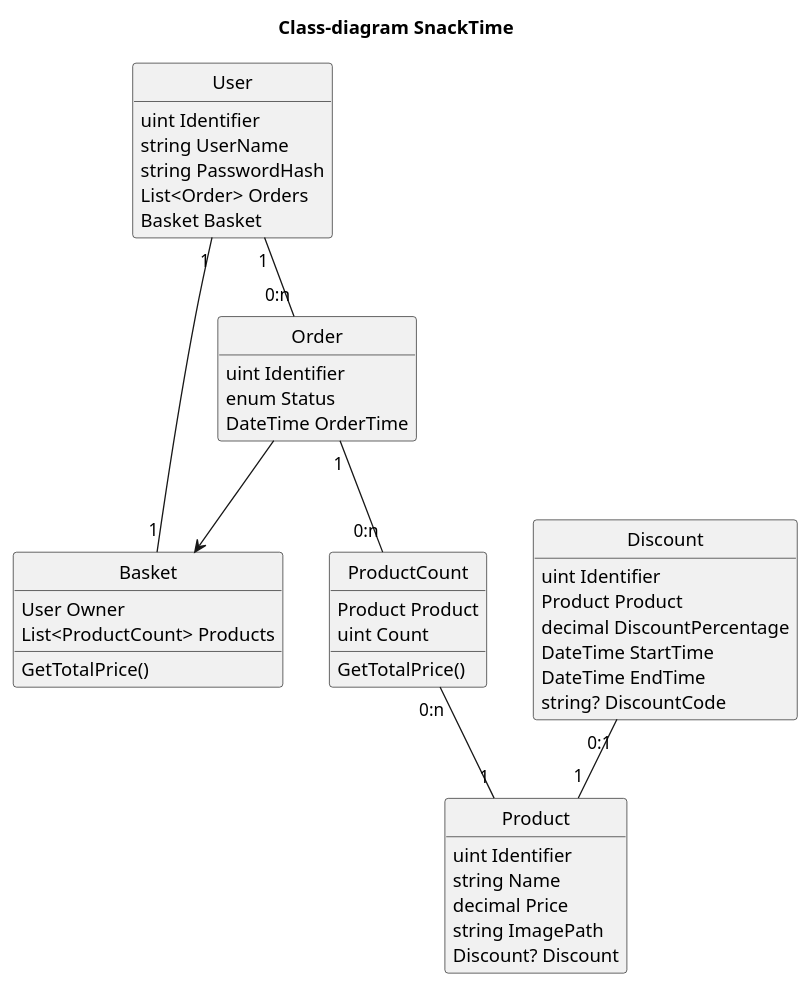
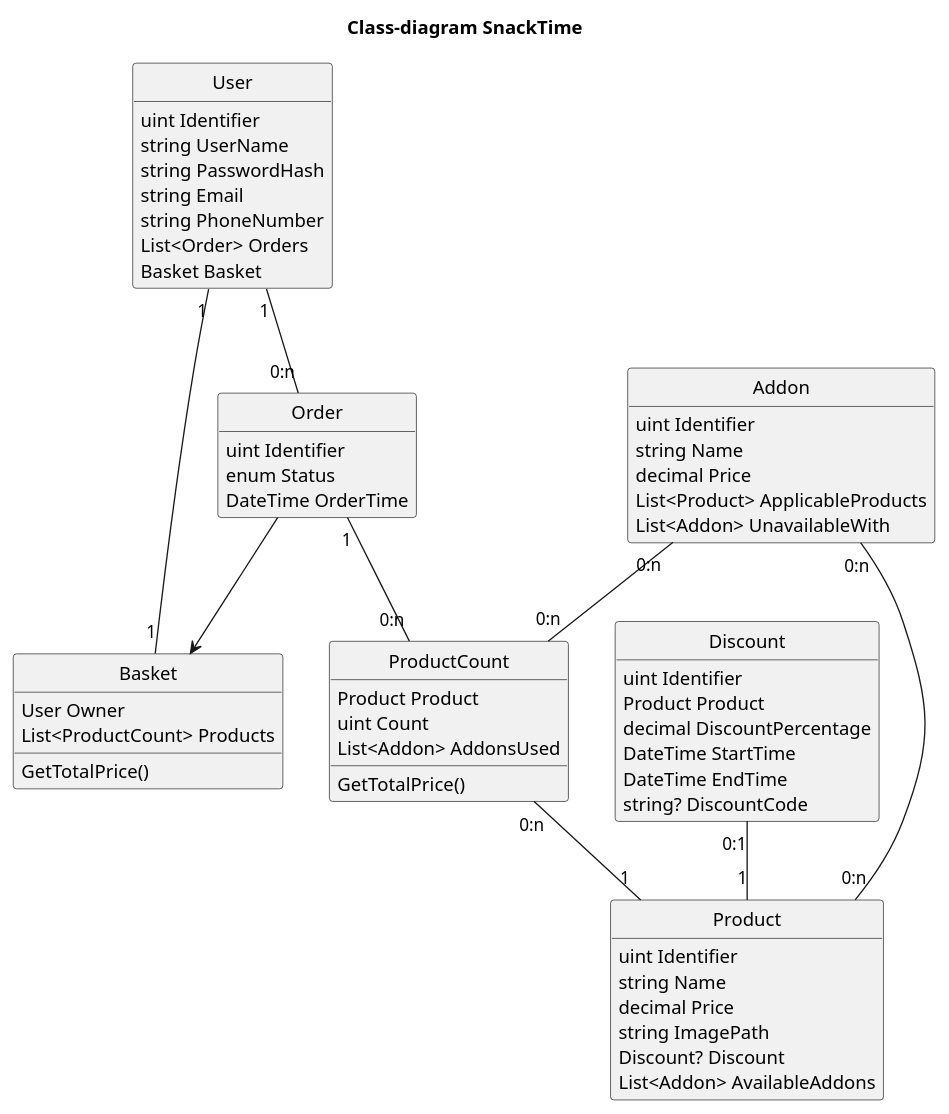
Before and after one commit to kinggeert/SnackTime: the diagram in SnackTime/Uml/ClassDiagram.puml, drawn with PlantUML.

Commit message:
Add addons to class diagram

```diff
--- a/SnackTime/Uml/ClassDiagram.puml
+++ b/SnackTime/Uml/ClassDiagram.puml
@@ -1,64 +1,78 @@
 @startuml
 hide circle
 hide empty members
 skinparam classAttributeIconSize 0
 skinparam packageStyle rectangle
 title Class-diagram SnackTime
 
 
 class User {
     uint Identifier
     string UserName
     string PasswordHash
+    string Email
+    string PhoneNumber
     List<Order> Orders
     Basket Basket
 }
 
 class Product {
     uint Identifier
     string Name
     decimal Price
     string ImagePath
     Discount? Discount
+    List<Addon> AvailableAddons
 }
 
 class ProductCount {
     Product Product
     uint Count
+    List<Addon> AddonsUsed
     
     GetTotalPrice()
 }
 
 class Basket {
     User Owner
     List<ProductCount> Products
     
     GetTotalPrice()
 }
 
 class Order {
     uint Identifier
     enum Status
     DateTime OrderTime
 }
 
 class Discount {
     uint Identifier
     Product Product
     decimal DiscountPercentage
     DateTime StartTime
     DateTime EndTime
     string? DiscountCode
 }
 
+class Addon {
+    uint Identifier
+    string Name
+    decimal Price
+    List<Product> ApplicableProducts
+    List<Addon> UnavailableWith
+}
+
 User "1" -- "0:n" Order
 Order "1" -- "0:n" ProductCount
 ProductCount "0:n" -- "1" Product
 Discount "0:1" -- "1" Product
 User "1" -- "1" Basket
+Addon "0:n" -- "0:n" Product
+Addon "0:n" -- "0:n" ProductCount
 
 Order --> Basket
 
 
 
 @enduml
```
